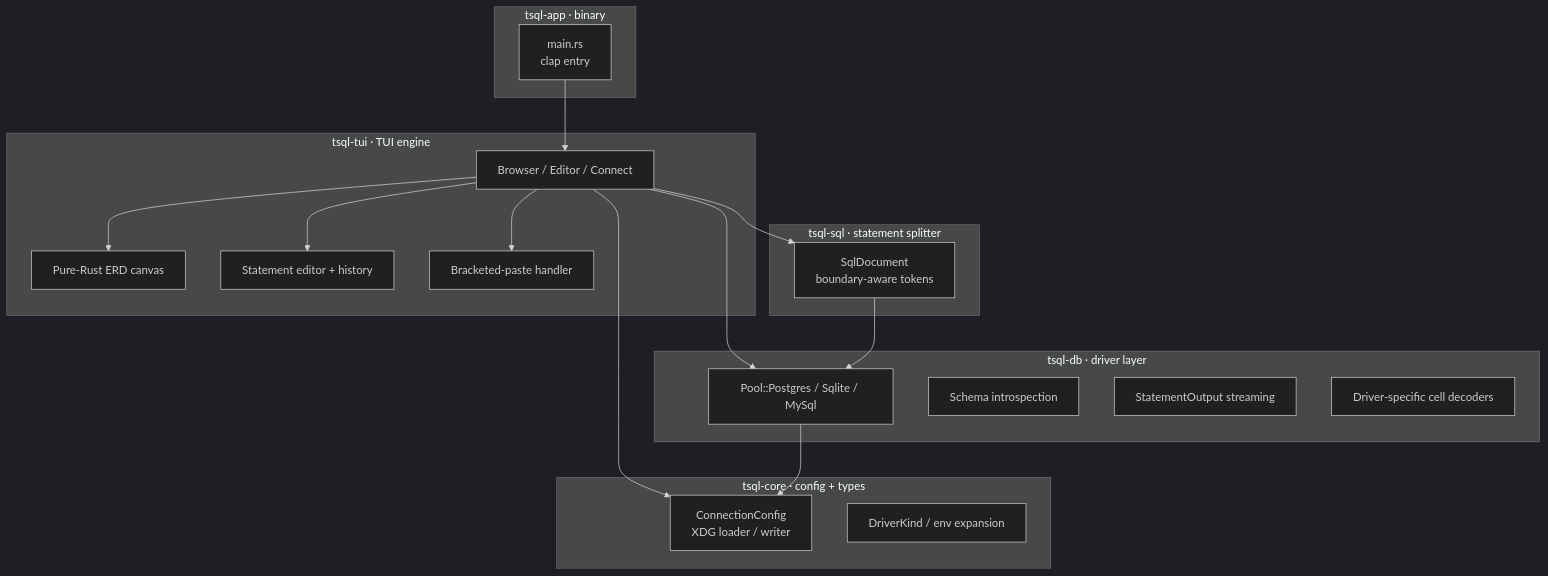
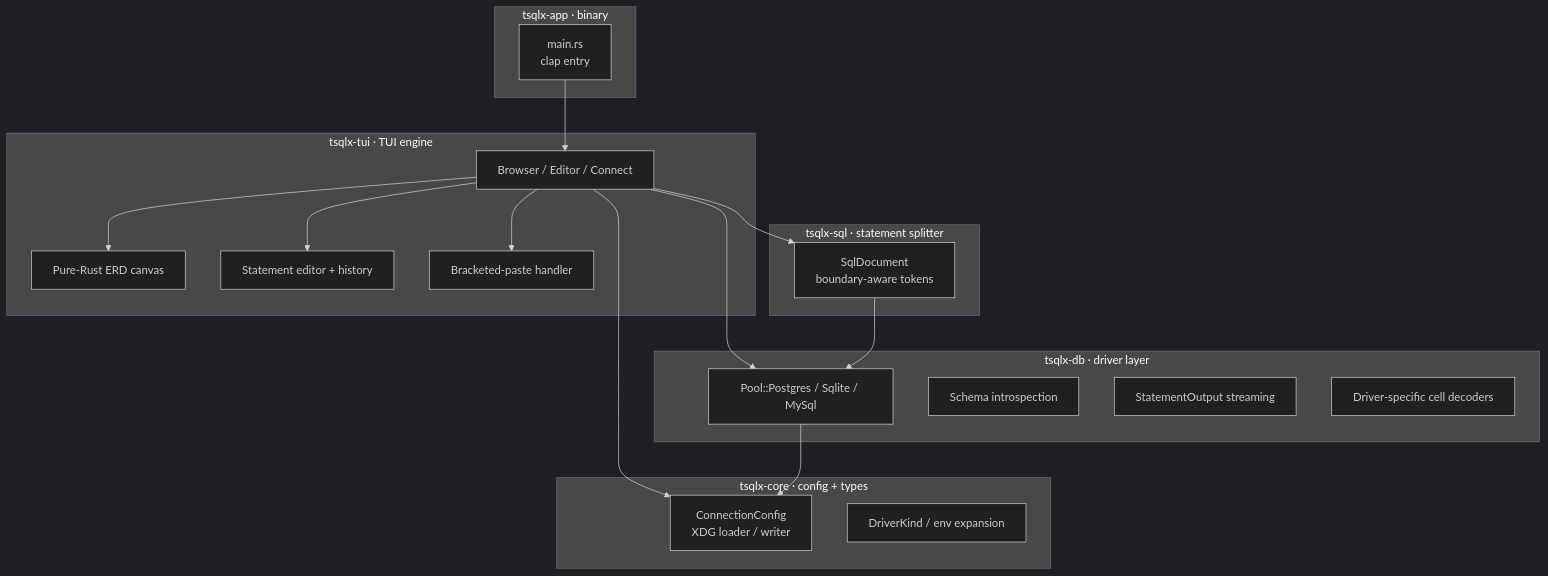
Before and after one commit to nt2311-vn/tsql: the second of 7 diagrams in README.md, drawn with Mermaid. The commit also changed other lines of this file and 20 other files, not shown here.

First line of the commit message:
chore: rename project from tsql to tsqlx

````diff
--- a/README.md
+++ b/README.md
@@ -73,36 +73,36 @@
 ```mermaid
 %%{init: {"theme": "dark"}}%%
 graph TD
-    subgraph cli["tsql-app · binary"]
+    subgraph cli["tsqlx-app · binary"]
         A[main.rs<br/>clap entry]
     end
-    subgraph tui["tsql-tui · TUI engine"]
+    subgraph tui["tsqlx-tui · TUI engine"]
         B[Browser / Editor / Connect]
         B2[Pure-Rust ERD canvas]
         B3[Statement editor + history]
         B4[Bracketed-paste handler]
     end
-    subgraph sql["tsql-sql · statement splitter"]
+    subgraph sql["tsqlx-sql · statement splitter"]
         C[SqlDocument<br/>boundary-aware tokens]
     end
-    subgraph db["tsql-db · driver layer"]
+    subgraph db["tsqlx-db · driver layer"]
         D[Pool::Postgres / Sqlite / MySql]
         D2[Schema introspection]
         D3[StatementOutput streaming]
         D4[Driver-specific cell decoders]
     end
-    subgraph core["tsql-core · config + types"]
+    subgraph core["tsqlx-core · config + types"]
         E[ConnectionConfig<br/>XDG loader / writer]
         E2[DriverKind / env expansion]
     end
 
     A --> B
     B --> B2
     B --> B3
     B --> B4
     B --> C
     B --> D
     B --> E
     C --> D
     D --> E
 ```
````
